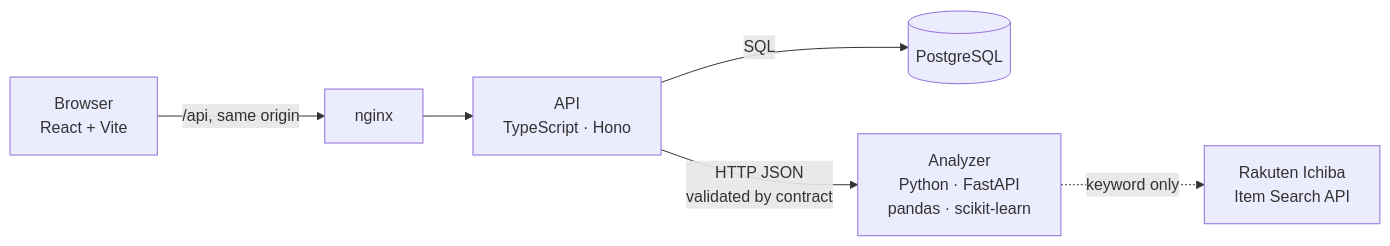
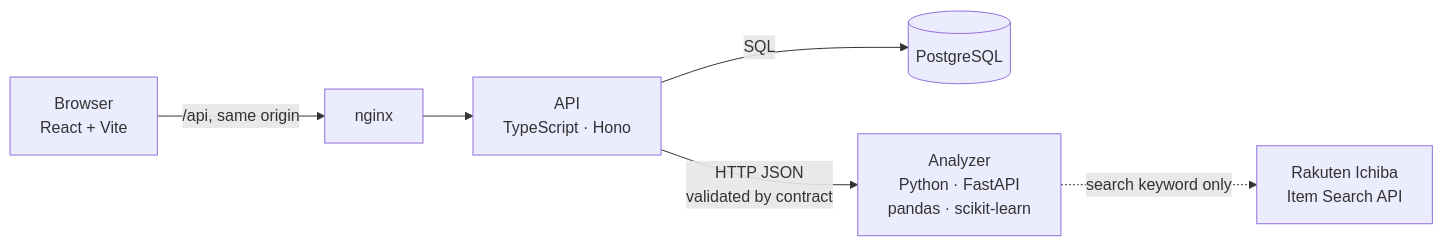
The diagram in README.md (cedarcraftworks/purchase-compass), drawn with Mermaid before and after one commit. The commit also changed other lines of this file and 2 other files, not shown here.

````diff
--- a/README.md
+++ b/README.md
@@ -31,8 +54,8 @@
 ```mermaid
 flowchart LR
   B[Browser<br/>React + Vite] -->|/api, same origin| N[nginx]
   N --> A[API<br/>TypeScript · Hono]
   A -->|SQL| D[(PostgreSQL)]
   A -->|HTTP JSON<br/>validated by contract| P[Analyzer<br/>Python · FastAPI<br/>pandas · scikit-learn]
-  P -.->|keyword only| R[Rakuten Ichiba<br/>Item Search API]
+  P -.->|search keyword only| R[Rakuten Ichiba<br/>Item Search API]
 ```
````
